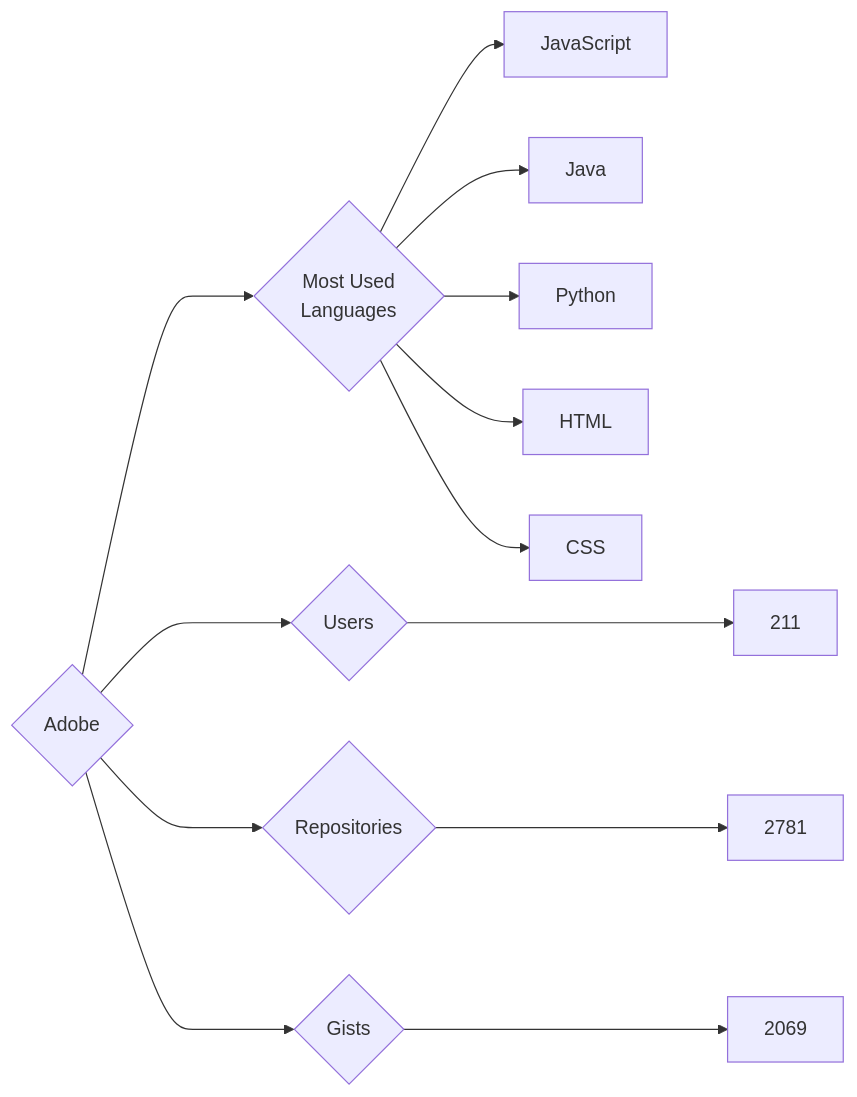
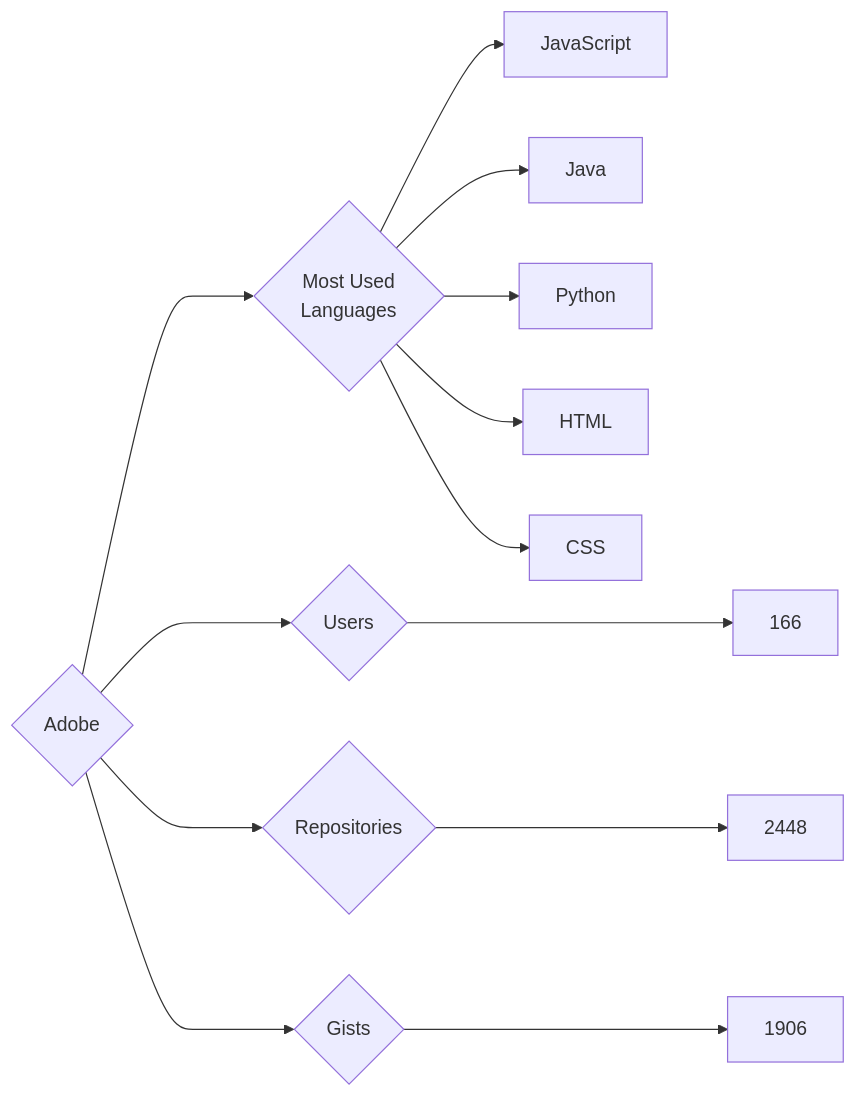
One commit to trickest/insiders changed the diagram in targets/Adobe/README.md. Above: the diagram before and after it, drawn with Mermaid. The commit also changed 614 other files, not shown here.

````diff
--- a/targets/Adobe/README.md
+++ b/targets/Adobe/README.md
@@ -3,13 +3,13 @@
 ```mermaid
 graph LR
 COMPANY_NAME{Adobe}
-COMPANY_NAME ---> U{Users} ---> UN[211]
-COMPANY_NAME ---> R{Repositories} ---> RN[2781]
-COMPANY_NAME ---> G{Gists} ---> GN[2069]
+COMPANY_NAME ---> U{Users} ---> UN[166]
+COMPANY_NAME ---> R{Repositories} ---> RN[2448]
+COMPANY_NAME ---> G{Gists} ---> GN[1906]
 COMPANY_NAME ---> ML{Most Used<br>Languages}
 ML --> JavaScript[JavaScript]
 ML --> Java[Java]
 ML --> Python[Python]
 ML --> HTML[HTML]
 ML --> CSS[CSS]
 ```
````
